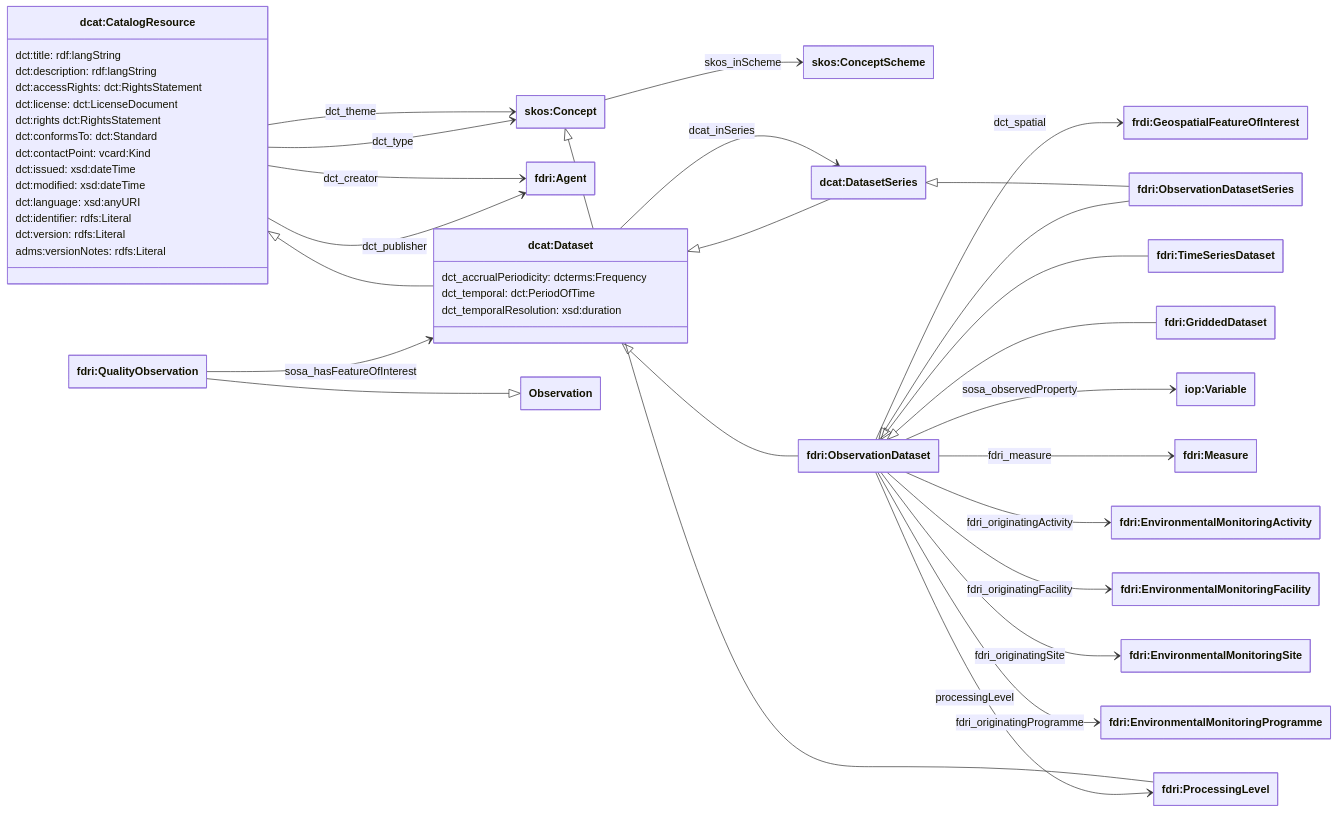
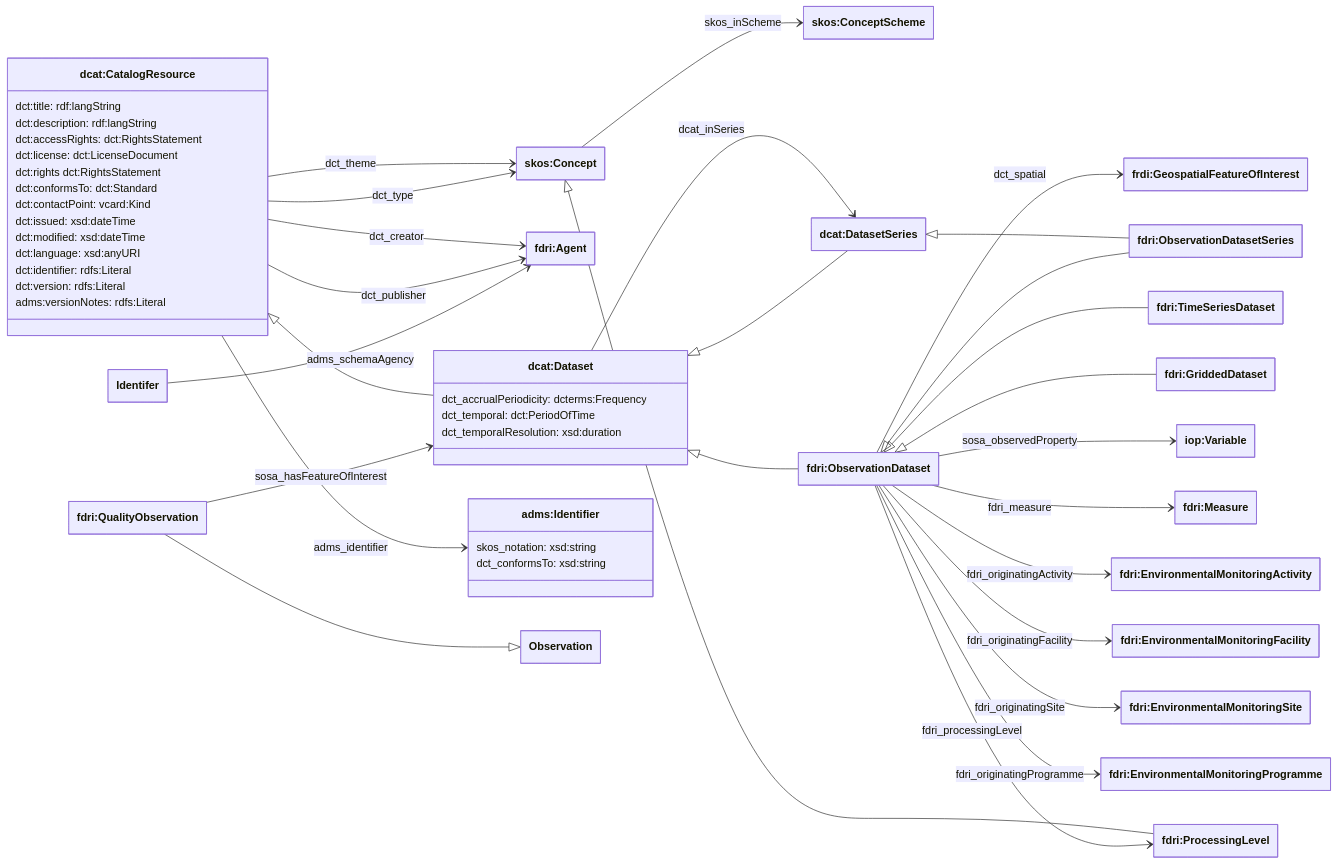
The third of 3 diagrams in doc/high-level-catalog-structure.md (NERC-CEH/fdri-ontology), drawn with Mermaid before and after one commit.

Commit message:
Update diagram to include adms:Identifier

````diff
--- a/doc/high-level-catalog-structure.md
+++ b/doc/high-level-catalog-structure.md
@@ -123,76 +123,82 @@
 ```mermaid
 ---
   config:
     class:
       hideEmptyMembersBox: true
 ---
   classDiagram
   direction LR
   class CatalogResource["dcat:CatalogResource"]
   class Concept["skos:Concept"]
   class ConceptScheme["skos:ConceptScheme"]
   class ObservedProperty["iop:Variable"]
   class Measure["fdri:Measure"]
   class Program["fdri:EnvironmentalMonitoringProgramme"]
   class Facility["fdri:EnvironmentalMonitoringFacility"]
   class Site["fdri:EnvironmentalMonitoringSite"]
   class Activity["fdri:EnvironmentalMonitoringActivity"]
   class Agent["fdri:Agent"]
   class GeospatialFeatureOfInterest["frdi:GeospatialFeatureOfInterest"]
   class QualityObservation["fdri:QualityObservation"]
   class Dataset["dcat:Dataset"]
   class ObservationDataset["fdri:ObservationDataset"]
   class ObservationDatasetSeries["fdri:ObservationDatasetSeries"]
   class GriddedDataset["fdri:GriddedDataset"]
   class TimeSeriesDataset["fdri:TimeSeriesDataset"]
   class DatasetSeries["dcat:DatasetSeries"]
   class ProcessingLevel["fdri:ProcessingLevel"]
+  class Identifier["adms:Identifier"] {
+    skos_notation: xsd:string
+    dct_conformsTo: xsd:string
+  }
   class Dataset {
     dct_accrualPeriodicity: dcterms:Frequency
     dct_temporal: dct:PeriodOfTime
     dct_temporalResolution: xsd:duration
   }
   class CatalogResource {
     dct:title: rdf:langString
     dct:description: rdf:langString
 
     dct:accessRights: dct:RightsStatement
     dct:license: dct:LicenseDocument
     dct:rights dct:RightsStatement
 
     dct:conformsTo: dct:Standard
     dct:contactPoint: vcard:Kind
     dct:issued: xsd:dateTime
     dct:modified: xsd:dateTime
     dct:language: xsd:anyURI
     dct:identifier: rdfs:Literal
 
     dct:version: rdfs:Literal
     adms:versionNotes: rdfs:Literal
   }
 
   CatalogResource <|-- Dataset
   Concept --> ConceptScheme: skos_inScheme
   Concept <|-- ProcessingLevel
   ObservationDataset --> GeospatialFeatureOfInterest : dct_spatial
   Dataset <|-- ObservationDataset
   DatasetSeries <|-- ObservationDatasetSeries
   ObservationDataset <|-- ObservationDatasetSeries
   ObservationDataset <|-- TimeSeriesDataset
   ObservationDataset <|-- GriddedDataset
   CatalogResource --> Concept: dct_theme
   ObservationDataset --> ObservedProperty: sosa_observedProperty
   ObservationDataset --> Measure: fdri_measure
   ObservationDataset --> Activity: fdri_originatingActivity
   ObservationDataset --> Facility: fdri_originatingFacility
   ObservationDataset --> Site: fdri_originatingSite
   ObservationDataset --> Program: fdri_originatingProgramme
-  ObservationDataset --> ProcessingLevel: processingLevel
+  ObservationDataset --> ProcessingLevel: fdri_processingLevel
+  CatalogResource --> Identifier: adms_identifier
   CatalogResource --> Agent: dct_creator
   CatalogResource --> Agent: dct_publisher
+  Identifer --> Agent: adms_schemaAgency
   DatasetSeries --|> Dataset
   Dataset --> DatasetSeries: dcat_inSeries
   CatalogResource --> Concept: dct_type
   QualityObservation --|> Observation
   QualityObservation --> Dataset: sosa_hasFeatureOfInterest
 ```
````
